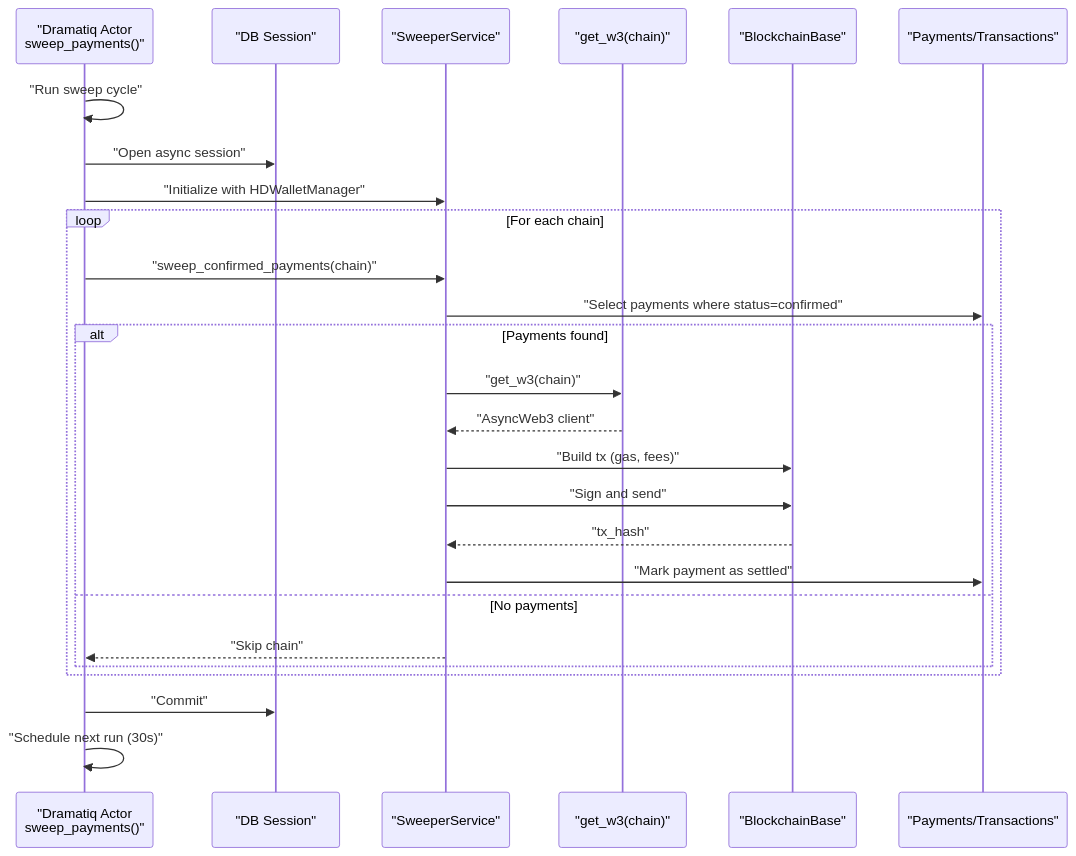
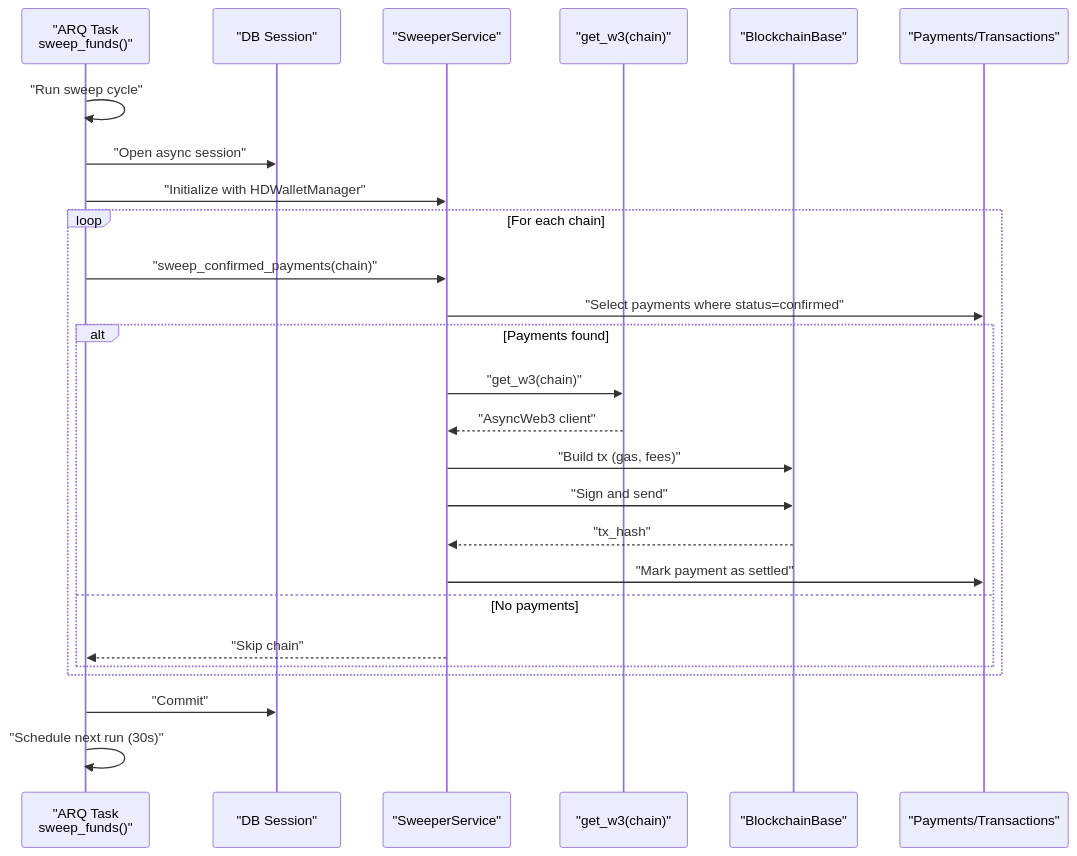
Before and after one commit to rakibhossain72/ctrip-docs: the second of 4 diagrams in docs/background-processing/sweeper-worker.md, drawn with Mermaid. The commit also changed other lines of this file and 25 other files, not shown here.

First line of the commit message:
docs: Update documentation to reflect ARQ task migration from Dramatiq

````diff
--- a/docs/background-processing/sweeper-worker.md
+++ b/docs/background-processing/sweeper-worker.md
@@ -146,28 +146,28 @@
 ```mermaid
 sequenceDiagram
-participant Scheduler as "Dramatiq Actor<br/>sweep_payments()"
+participant Scheduler as "ARQ Task<br/>sweep_funds()"
 participant Session as "DB Session"
 participant Sweeper as "SweeperService"
 participant ChainMgr as "get_w3(chain)"
 participant Chain as "BlockchainBase"
 participant DB as "Payments/Transactions"
 Scheduler->>Scheduler : "Run sweep cycle"
 Scheduler->>Session : "Open async session"
 Scheduler->>Sweeper : "Initialize with HDWalletManager"
 loop For each chain
 Scheduler->>Sweeper : "sweep_confirmed_payments(chain)"
 Sweeper->>DB : "Select payments where status=confirmed"
 alt Payments found
 Sweeper->>ChainMgr : "get_w3(chain)"
 ChainMgr-->>Sweeper : "AsyncWeb3 client"
 Sweeper->>Chain : "Build tx (gas, fees)"
 Sweeper->>Chain : "Sign and send"
 Chain-->>Sweeper : "tx_hash"
 Sweeper->>DB : "Mark payment as settled"
 else No payments
 Sweeper-->>Scheduler : "Skip chain"
 end
 end
 Scheduler->>Session : "Commit"
 Scheduler->>Scheduler : "Schedule next run (30s)"
 ```
````
